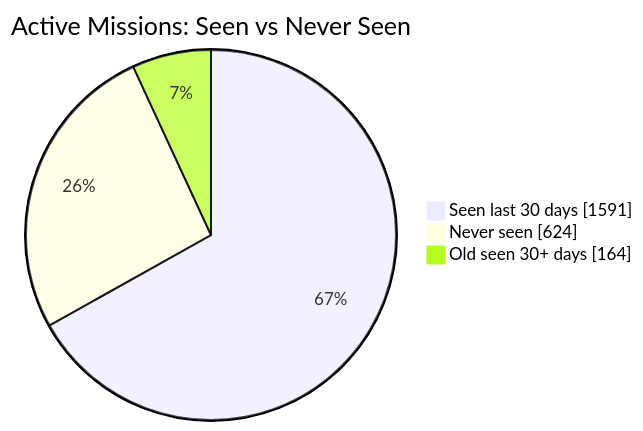
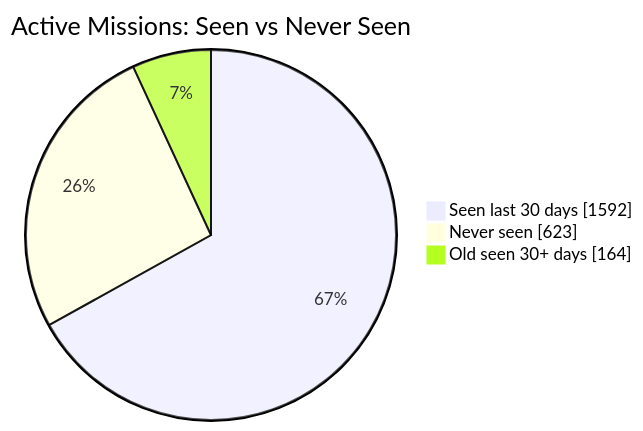
The first of 2 diagrams in README.md (MeldkamerspelGameTeam/active-missions), drawn with Mermaid before and after one commit. The commit also changed other lines of this file and 3 other files, not shown here.

````diff
--- a/README.md
+++ b/README.md
@@ -34,7 +34,7 @@
 ```mermaid
 pie showData
     title Active Missions: Seen vs Never Seen
-    "Seen last 30 days" : 1591
-    "Never seen" : 624
+    "Seen last 30 days" : 1592
+    "Never seen" : 623
     "Old seen 30+ days" : 164
 ```
````
